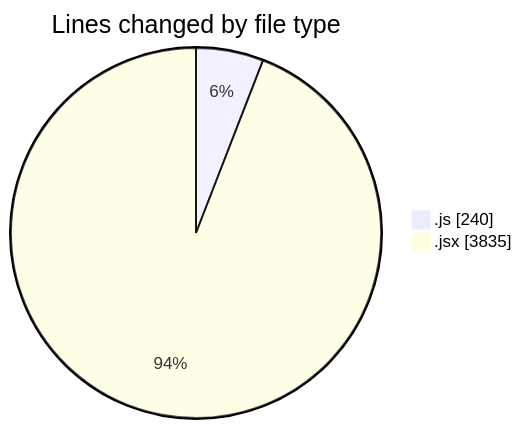
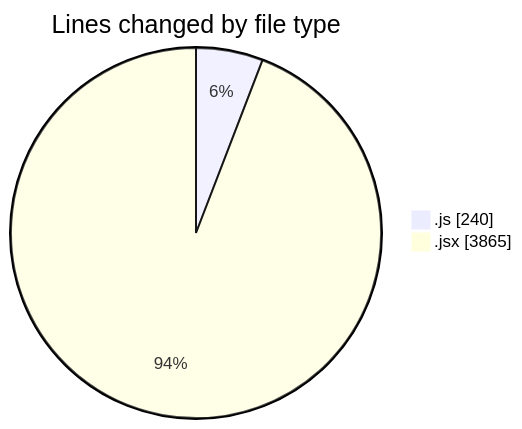
The first of 2 diagrams in 2026-01-19/nxtqube_webapp/README.md (nxtqubesakshisongat/code-tracking), drawn with Mermaid before and after one commit. The commit also changed other lines of this file and 1 other file, not shown here.

````diff
--- a/2026-01-19/nxtqube_webapp/README.md
+++ b/2026-01-19/nxtqube_webapp/README.md
@@ -27,6 +27,6 @@
 ```mermaid
 pie showData
 title Lines changed by file type
 ".js" : 240
-".jsx" : 3835
+".jsx" : 3865
 ```
````
